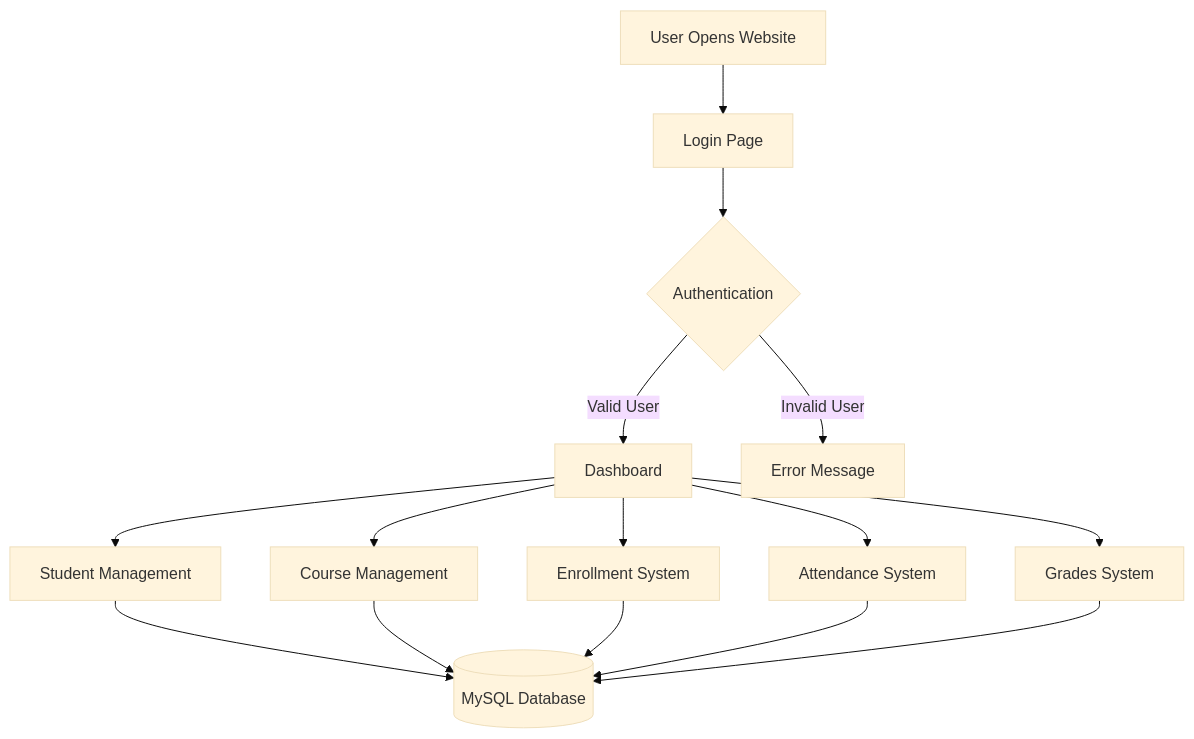
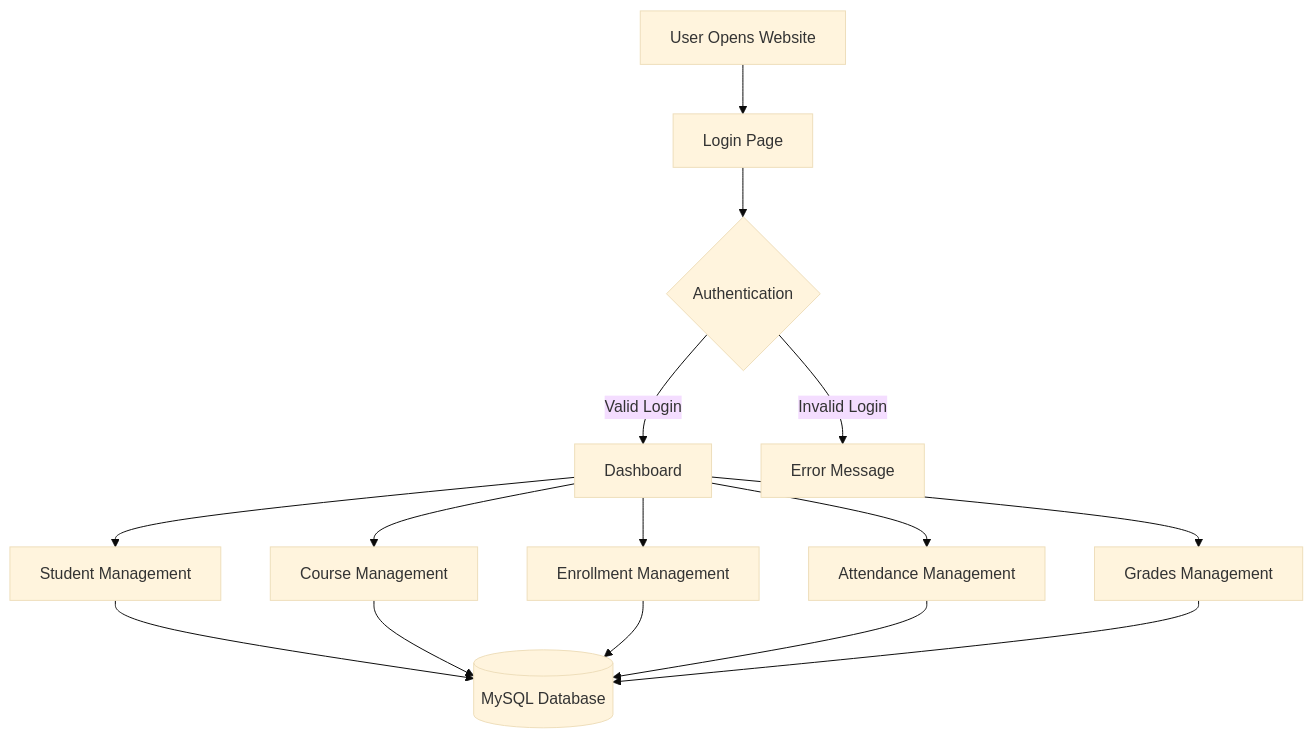
Before and after one commit to LwinKo-kun/SMS-MVC: the first of 5 diagrams in README.md, drawn with Mermaid (base theme). The commit also changed other lines of this file, not shown here.

````diff
--- a/README.md
+++ b/README.md
@@ -20,22 +15,22 @@
 ```mermaid
 flowchart TD
 
 A[User Opens Website] --> B[Login Page]
 
 B --> C{Authentication}
 
-C -->|Valid User| D[Dashboard]
-C -->|Invalid User| E[Error Message]
+C -->|Valid Login| D[Dashboard]
+C -->|Invalid Login| E[Error Message]
 
 D --> F[Student Management]
 D --> G[Course Management]
-D --> H[Enrollment System]
-D --> I[Attendance System]
-D --> J[Grades System]
+D --> H[Enrollment Management]
+D --> I[Attendance Management]
+D --> J[Grades Management]
 
 F --> K[(MySQL Database)]
 G --> K
 H --> K
 I --> K
 J --> K
 ```
````
